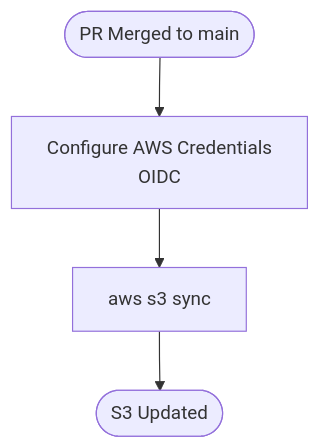
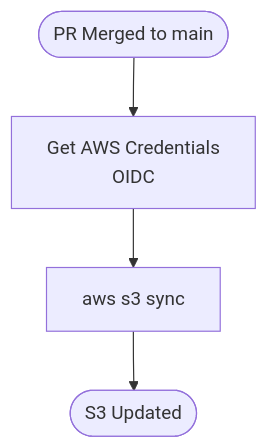
The diagram in actions/git-to-s3-sync/README.md (delsinm/github-actions), drawn with Mermaid before and after one commit.

````diff
--- a/actions/git-to-s3-sync/README.md
+++ b/actions/git-to-s3-sync/README.md
@@ -7,7 +7,7 @@
 ```mermaid
 flowchart TD
     PUSH([PR Merged to main])
-    PUSH --> AUTH[Configure AWS Credentials<br/>OIDC]
+    PUSH --> AUTH[Get AWS Credentials<br/>OIDC]
     AUTH --> SYNC[aws s3 sync]
     SYNC --> DONE([S3 Updated])
 ```
````
